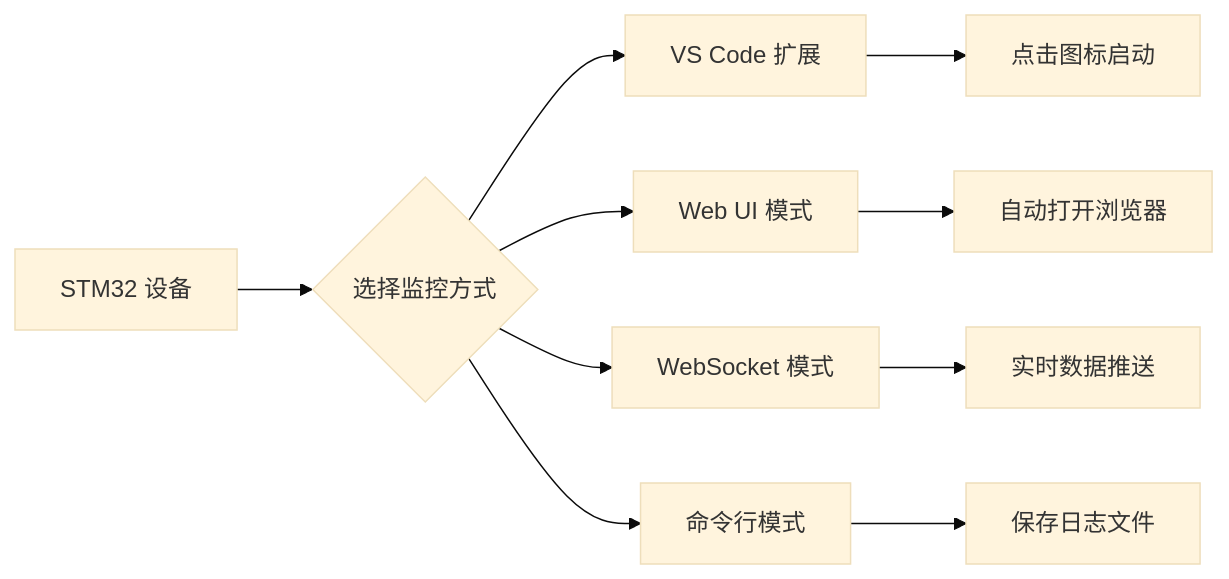
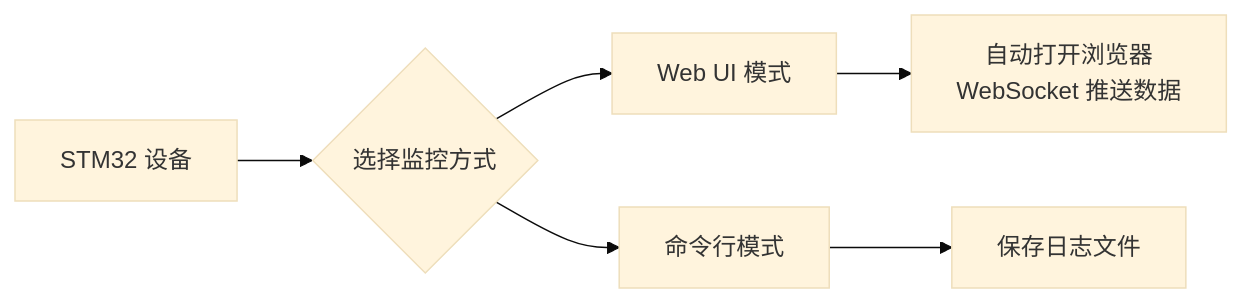
The third of 3 diagrams in README.md (dzzz-qcxf-studio/stm32-master), drawn with Mermaid (base theme) before and after one commit. The commit also changed other lines of this file and 3541 other files, not shown here.

````diff
--- a/README.md
+++ b/README.md
@@ -75,12 +74,8 @@
 ```mermaid
 flowchart LR
     A[STM32 设备] --> B{选择监控方式}
-    B --> C[VS Code 扩展]
     B --> D[Web UI 模式]
-    B --> E[WebSocket 模式]
-    B --> F[命令行模式]
-    C --> G[点击图标启动]
-    D --> H[自动打开浏览器]
-    E --> I[实时数据推送]
-    F --> J[保存日志文件]
+    B --> E[命令行模式]
+    D --> G[自动打开浏览器<br/>WebSocket 推送数据]
+    E --> H[保存日志文件]
 ```
````
